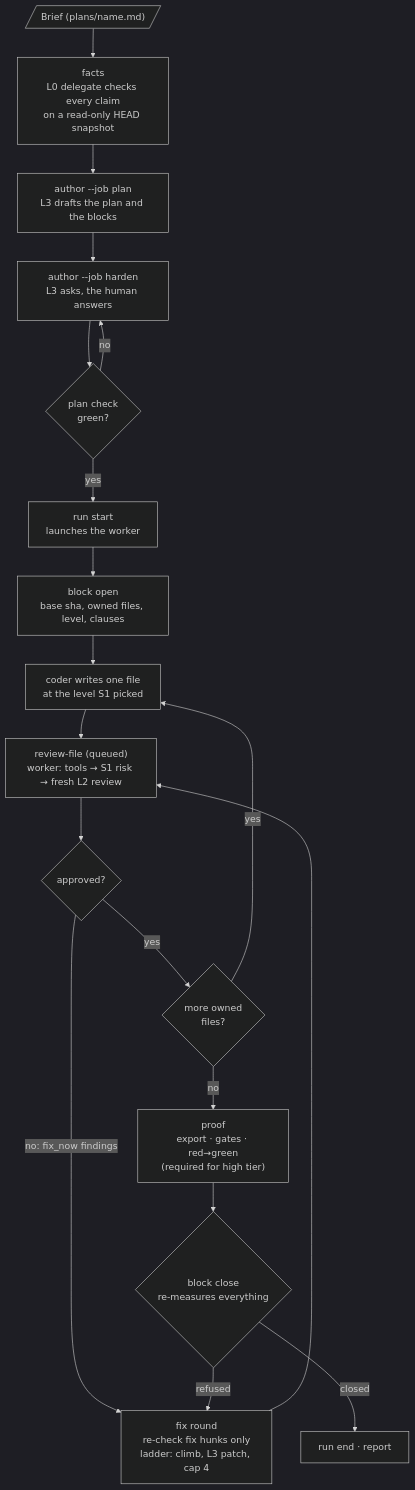
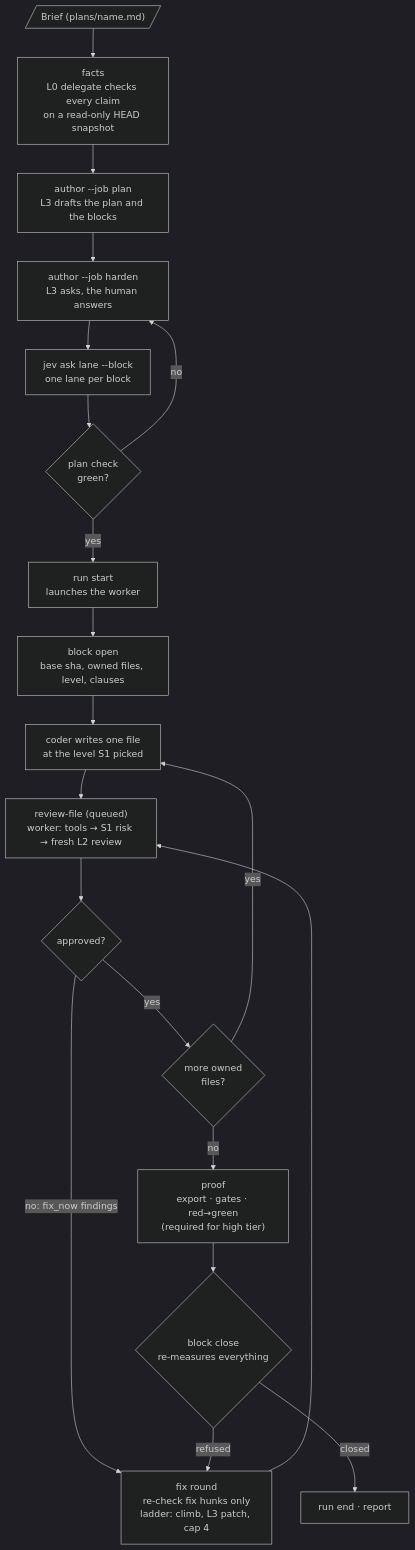
One commit to ricardov03/code-forge changed the first of 2 diagrams in docs/how-it-works.md. Above: the diagram before and after it, drawn with Mermaid (dark theme). The commit also changed other lines of this file and 15 other files, not shown here.

````diff
--- a/docs/how-it-works.md
+++ b/docs/how-it-works.md
@@ -8,21 +8,22 @@
 ```mermaid
 flowchart TD
   brief[/"Brief (plans/name.md)"/] --> facts["facts<br/>L0 delegate checks every claim<br/>on a read-only HEAD snapshot"]
   facts --> author["author --job plan<br/>L3 drafts the plan and the blocks"]
   author --> harden["author --job harden<br/>L3 asks, the human answers"]
-  harden --> check{"plan check<br/>green?"}
+  harden --> lanes["jev ask lane --block<br/>one lane per block"]
+  lanes --> check{"plan check<br/>green?"}
   check -- no --> harden
   check -- yes --> start["run start<br/>launches the worker"]
   start --> open["block open<br/>base sha, owned files, level, clauses"]
   open --> coder["coder writes one file<br/>at the level S1 picked"]
   coder --> rf["review-file (queued)<br/>worker: tools → S1 risk → fresh L2 review"]
   rf --> verdict{"approved?"}
   verdict -- "no: fix_now findings" --> fix["fix round<br/>re-check fix hunks only<br/>ladder: climb, L3 patch, cap 4"]
   fix --> rf
   verdict -- yes --> more{"more owned<br/>files?"}
   more -- yes --> coder
   more -- no --> proof["proof<br/>export · gates · red→green<br/>(required for high tier)"]
   proof --> close{"block close<br/>re-measures everything"}
   close -- refused --> fix
   close -- closed --> report["run end · report"]
 ```
````
